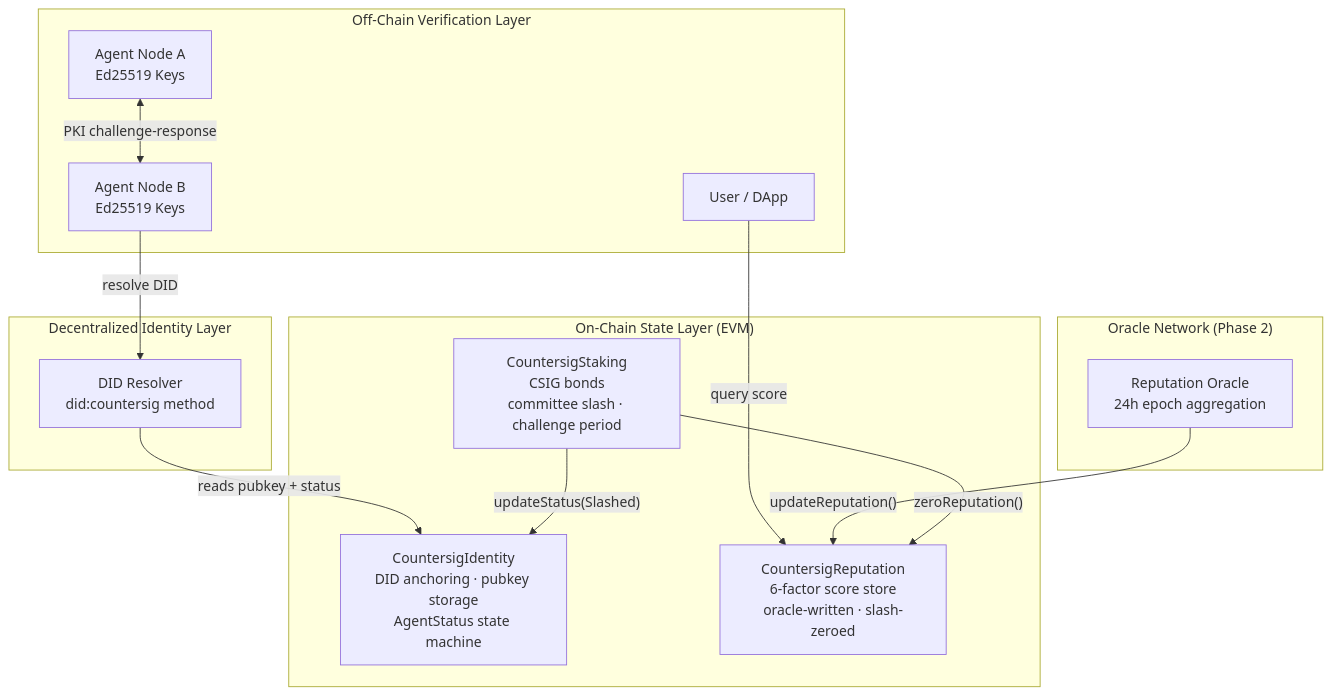
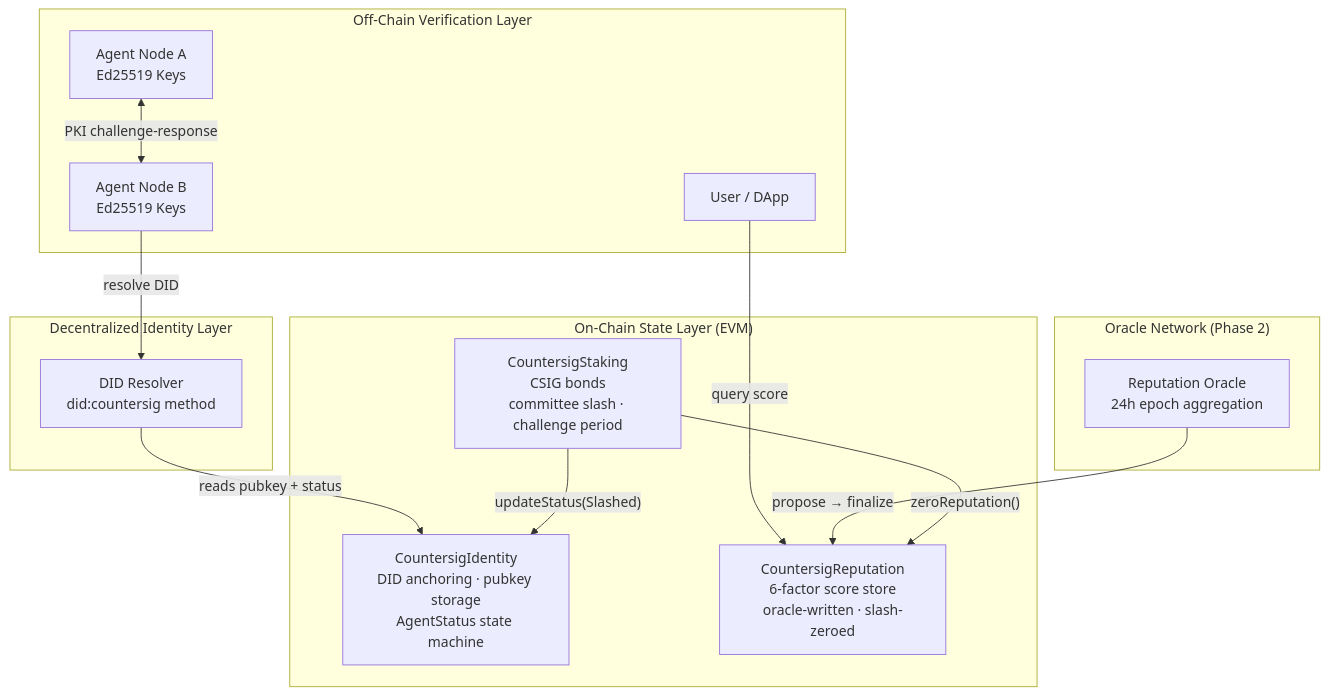
The first of 6 diagrams in README.md (RunTimeAdmin/countersig-network), drawn with Mermaid before and after one commit. The commit also changed other lines of this file and 12 other files, not shown here.

````diff
--- a/README.md
+++ b/README.md
@@ -34,30 +34,30 @@
 ```mermaid
 graph TB
     subgraph offchain["Off-Chain Verification Layer"]
         A["Agent Node A\nEd25519 Keys"]
         B["Agent Node B\nEd25519 Keys"]
         U["User / DApp"]
     end
 
     subgraph did_layer["Decentralized Identity Layer"]
         R["DID Resolver\ndid:countersig method"]
     end
 
     subgraph onchain["On-Chain State Layer (EVM)"]
         ID["CountersigIdentity\nDID anchoring · pubkey storage\nAgentStatus state machine"]
         REP["CountersigReputation\n6-factor score store\noracle-written · slash-zeroed"]
         ST["CountersigStaking\nCSIG bonds\ncommittee slash · challenge period"]
     end
 
     subgraph oracle["Oracle Network (Phase 2)"]
         OC["Reputation Oracle\n24h epoch aggregation"]
     end
 
     A <-->|"PKI challenge-response"| B
     B -->|"resolve DID"| R
     R -->|"reads pubkey + status"| ID
     U -->|"query score"| REP
-    OC -->|"updateReputation()"| REP
+    OC -->|"propose → finalize"| REP
     ST -->|"updateStatus(Slashed)"| ID
     ST -->|"zeroReputation()"| REP
 ```
````
